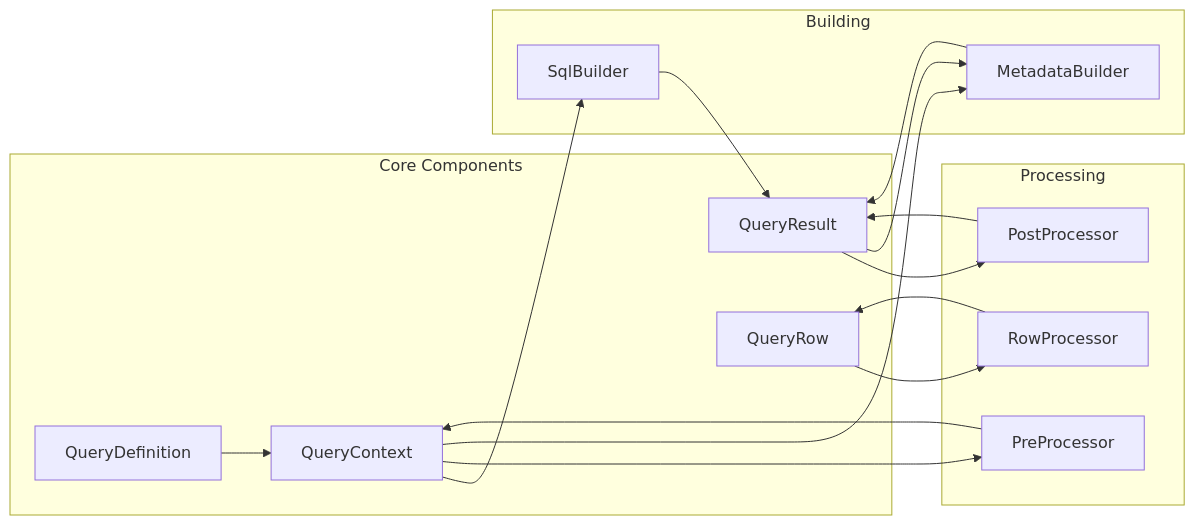
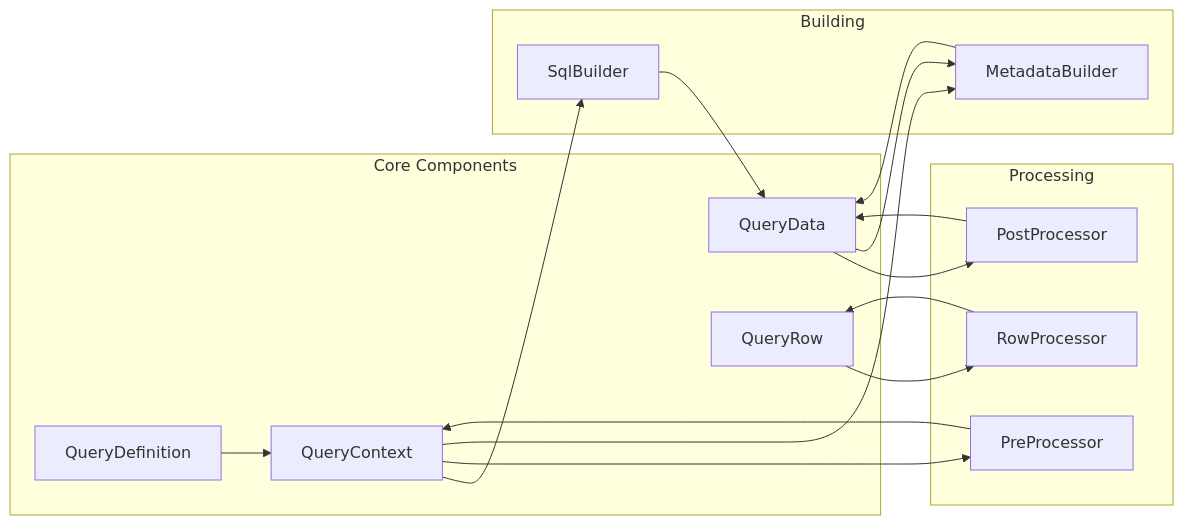
One commit to sahebsoft/query-register-system changed the ninth of 10 diagrams in docs/QUERY_ENGINE_WORKFLOW.md. Above: the diagram before and after it, drawn with Mermaid. The commit also changed other lines of this file and 14 other files, not shown here.

````diff
--- a/docs/QUERY_ENGINE_WORKFLOW.md
+++ b/docs/QUERY_ENGINE_WORKFLOW.md
@@ -268,33 +268,33 @@
 ```mermaid
 graph LR
     subgraph "Core Components"
         QD[QueryDefinition]
         QC[QueryContext]
-        QR[QueryResult]
+        QR[QueryData]
         QRow[QueryRow]
     end
     
     subgraph "Processing"
         Pre[PreProcessor]
         Row[RowProcessor]
         Post[PostProcessor]
     end
     
     subgraph "Building"
         SQL[SqlBuilder]
         Meta[MetadataBuilder]
     end
     
     QD --> QC
     QC --> SQL
     SQL --> QR
     QC --> Pre
     Pre --> QC
     QRow --> Row
     Row --> QRow
     QR --> Post
     Post --> QR
     QC --> Meta
     QR --> Meta
     Meta --> QR
 ```
````
